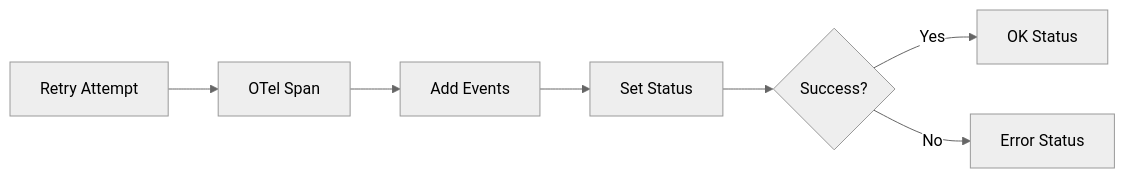
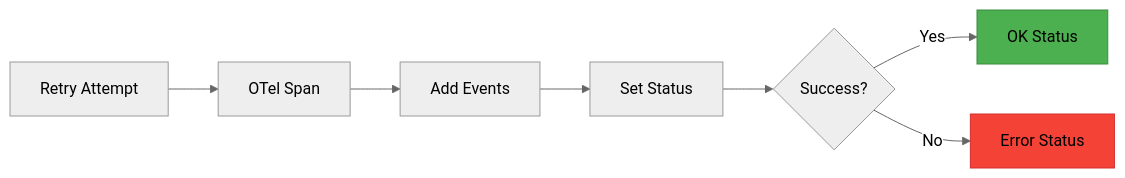
Before and after one commit to khizerarshad/super-retry: the third of 3 diagrams in README.md, drawn with Mermaid (neutral theme). The commit also changed other lines of this file and 1 other file, not shown here.

````diff
--- a/README.md
+++ b/README.md
@@ -150,9 +248,11 @@
 ```mermaid
 graph LR
   A[Retry Attempt] --> B[OTel Span]
   B --> C[Add Events]
   C --> D[Set Status]
   D --> E{Success?}
   E -->|Yes| F[OK Status]
   E -->|No| G[Error Status]
+  style F fill:#4CAF50,stroke:#388E3C
+  style G fill:#f44336,stroke:#d32f2f
 ```
````
